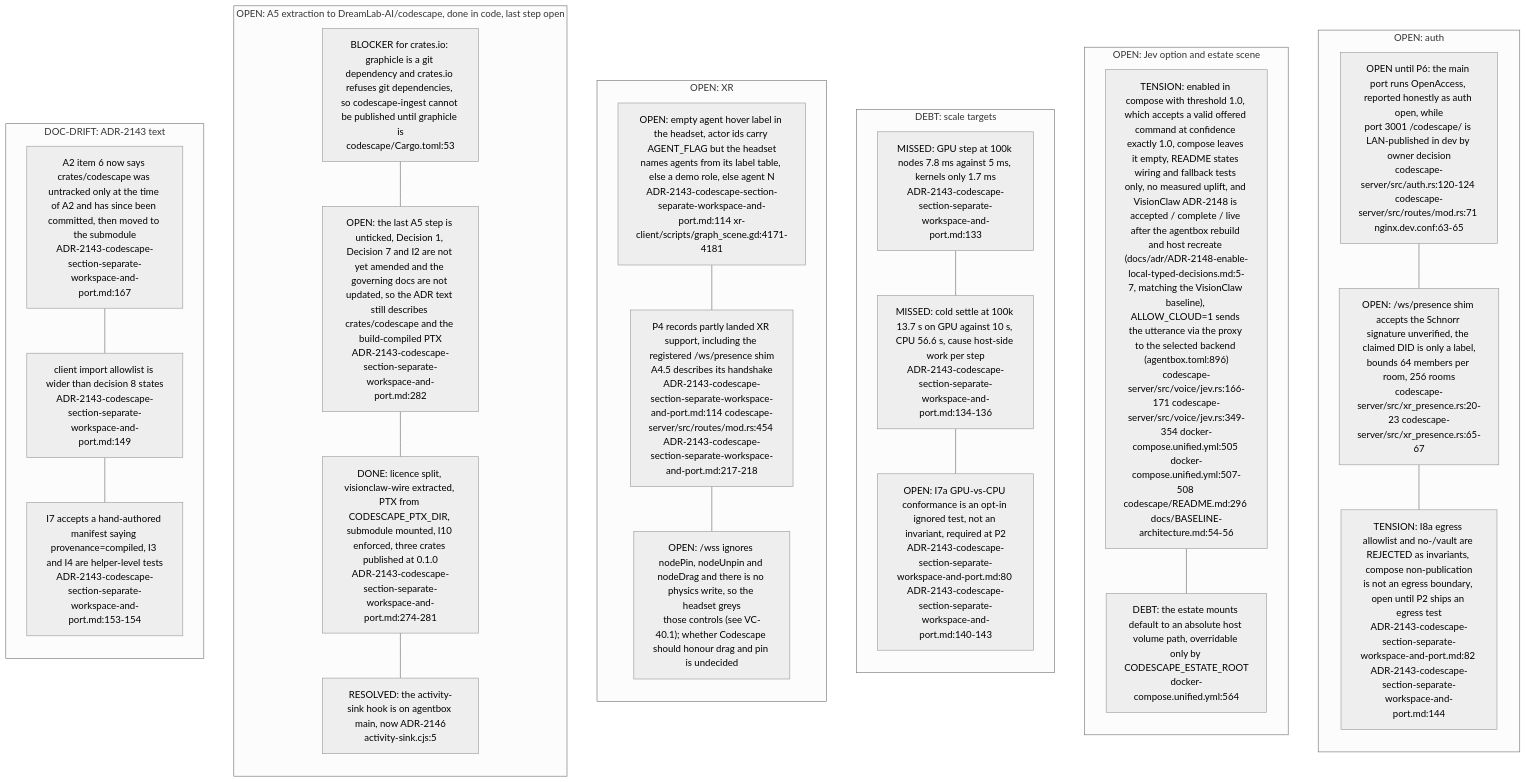
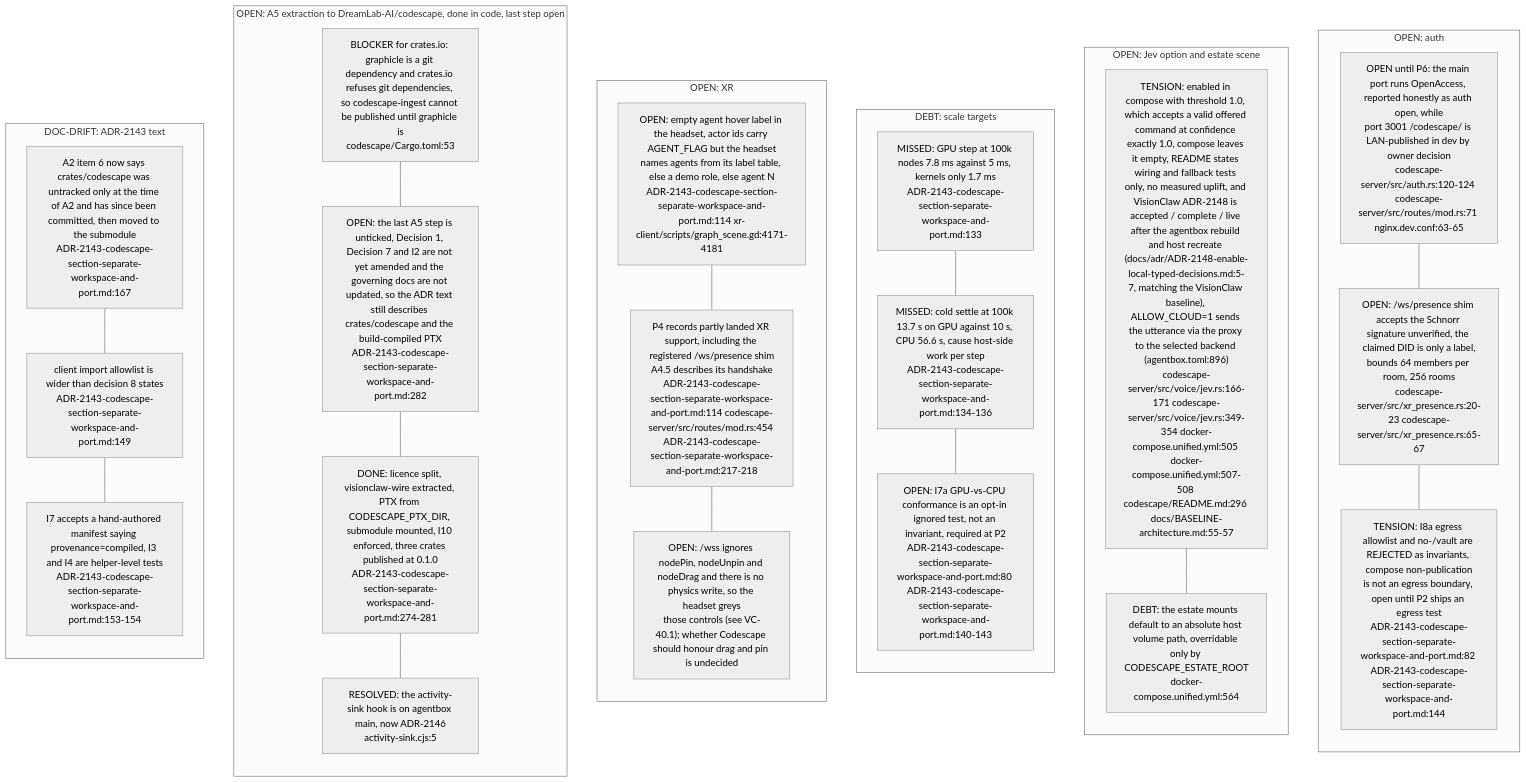
Before and after one commit to DreamLab-AI/VisionFlow: the seventh of 8 diagrams in docs/diagrams/visionclaw/39-codescape.md, drawn with Mermaid (neutral theme). The commit also changed other lines of this file and 46 other files, not shown here.

Commit message:
docs(diagrams): re-verify VisionClaw topics at 809a859aa/a950f4d80 after the consolidation pass

````diff
--- a/docs/diagrams/visionclaw/39-codescape.md
+++ b/docs/diagrams/visionclaw/39-codescape.md
@@ -351,45 +351,45 @@
 ```mermaid
 flowchart TB
     subgraph SEC["OPEN: auth"]
         direction TB
         R1["OPEN until P6: the main port runs OpenAccess, reported honestly as auth open, while<br/>port 3001 /codescape/ is LAN-published in dev by owner decision<br/>codescape-server/src/auth.rs:120-124 codescape-server/src/routes/mod.rs:71 nginx.dev.conf:63-65"]
         R2["OPEN: /ws/presence shim accepts the Schnorr signature unverified, the claimed DID is only a label,<br/>bounds 64 members per room, 256 rooms<br/>codescape-server/src/xr_presence.rs:20-23 codescape-server/src/xr_presence.rs:65-67"]
         R3["TENSION: I8a egress allowlist and no-/vault are REJECTED as invariants, compose non-publication<br/>is not an egress boundary, open until P2 ships an egress test<br/>ADR-2143-codescape-section-separate-workspace-and-port.md:82 ADR-2143-codescape-section-separate-workspace-and-port.md:144"]
         R1 --- R2 --- R3
     end
     subgraph JEVG["OPEN: Jev option and estate scene"]
         direction TB
-        J1["TENSION: enabled in compose with threshold 1.0, which accepts a valid offered command at confidence exactly 1.0, compose leaves it empty, README states wiring and fallback tests only, no measured uplift, and VisionClaw ADR-2148 is accepted / complete / live after the agentbox rebuild and host recreate (docs/adr/ADR-2148-enable-local-typed-decisions.md:5-7, matching the VisionClaw baseline), ALLOW_CLOUD=1 sends the utterance via the proxy to the selected backend (agentbox.toml:896)<br/>codescape-server/src/voice/jev.rs:166-171 codescape-server/src/voice/jev.rs:349-354 docker-compose.unified.yml:505 docker-compose.unified.yml:507-508 codescape/README.md:296 docs/BASELINE-architecture.md:54-56"]
+        J1["TENSION: enabled in compose with threshold 1.0, which accepts a valid offered command at confidence exactly 1.0, compose leaves it empty, README states wiring and fallback tests only, no measured uplift, and VisionClaw ADR-2148 is accepted / complete / live after the agentbox rebuild and host recreate (docs/adr/ADR-2148-enable-local-typed-decisions.md:5-7, matching the VisionClaw baseline), ALLOW_CLOUD=1 sends the utterance via the proxy to the selected backend (agentbox.toml:896)<br/>codescape-server/src/voice/jev.rs:166-171 codescape-server/src/voice/jev.rs:349-354 docker-compose.unified.yml:505 docker-compose.unified.yml:507-508 codescape/README.md:296 docs/BASELINE-architecture.md:55-57"]
         J2["DEBT: the estate mounts default to an absolute host volume path, overridable only by CODESCAPE_ESTATE_ROOT<br/>docker-compose.unified.yml:564"]
         J1 --- J2
     end
     subgraph PERF["DEBT: scale targets"]
         direction TB
         P1["MISSED: GPU step at 100k nodes 7.8 ms against 5 ms, kernels only 1.7 ms<br/>ADR-2143-codescape-section-separate-workspace-and-port.md:133"]
         P2["MISSED: cold settle at 100k 13.7 s on GPU against 10 s, CPU 56.6 s, cause host-side work per step<br/>ADR-2143-codescape-section-separate-workspace-and-port.md:134-136"]
         P3["OPEN: I7a GPU-vs-CPU conformance is an opt-in ignored test, not an invariant, required at P2<br/>ADR-2143-codescape-section-separate-workspace-and-port.md:80 ADR-2143-codescape-section-separate-workspace-and-port.md:140-143"]
         P1 --- P2 --- P3
     end
     subgraph XRG["OPEN: XR"]
         direction TB
         X1["OPEN: empty agent hover label in the headset, actor ids carry AGENT_FLAG but the headset<br/>names agents from its label table, else a demo role, else agent N<br/>ADR-2143-codescape-section-separate-workspace-and-port.md:114 xr-client/scripts/graph_scene.gd:4171-4181"]
         X2["P4 records partly landed XR support, including the registered /ws/presence shim<br/>A4.5 describes its handshake<br/>ADR-2143-codescape-section-separate-workspace-and-port.md:114 codescape-server/src/routes/mod.rs:454 ADR-2143-codescape-section-separate-workspace-and-port.md:217-218"]
         X3["OPEN: /wss ignores nodePin, nodeUnpin and nodeDrag and there is no physics write, so the headset greys<br/>those controls (see VC-40.1); whether Codescape should honour drag and pin is undecided"]
         X1 --- X2 --- X3
     end
     subgraph EXT["OPEN: A5 extraction to DreamLab-AI/codescape, done in code, last step open"]
         direction TB
         E1["BLOCKER for crates.io: graphicle is a git dependency and crates.io refuses git dependencies, so codescape-ingest cannot be published until graphicle is<br/>codescape/Cargo.toml:53"]
         E2["OPEN: the last A5 step is unticked, Decision 1, Decision 7 and I2 are not yet amended and the governing docs are not updated, so the ADR text still describes crates/codescape and the build-compiled PTX<br/>ADR-2143-codescape-section-separate-workspace-and-port.md:282"]
         E3["DONE: licence split, visionclaw-wire extracted, PTX from CODESCAPE_PTX_DIR, submodule mounted, I10 enforced, three crates published at 0.1.0<br/>ADR-2143-codescape-section-separate-workspace-and-port.md:274-281"]
         E4["RESOLVED: the activity-sink hook is on agentbox main, now ADR-2146<br/>activity-sink.cjs:5"]
         E1 --- E2 --- E3 --- E4
     end
     subgraph DR["DOC-DRIFT: ADR-2143 text"]
         direction TB
         D1["A2 item 6 now says crates/codescape was untracked only at the time of A2 and has since been committed, then moved to the submodule<br/>ADR-2143-codescape-section-separate-workspace-and-port.md:167"]
         D2["client import allowlist is wider than decision 8 states<br/>ADR-2143-codescape-section-separate-workspace-and-port.md:149"]
         D3["I7 accepts a hand-authored manifest saying provenance=compiled, I3 and I4 are helper-level tests<br/>ADR-2143-codescape-section-separate-workspace-and-port.md:153-154"]
         D1 --- D2 --- D3
     end
 ```
````
